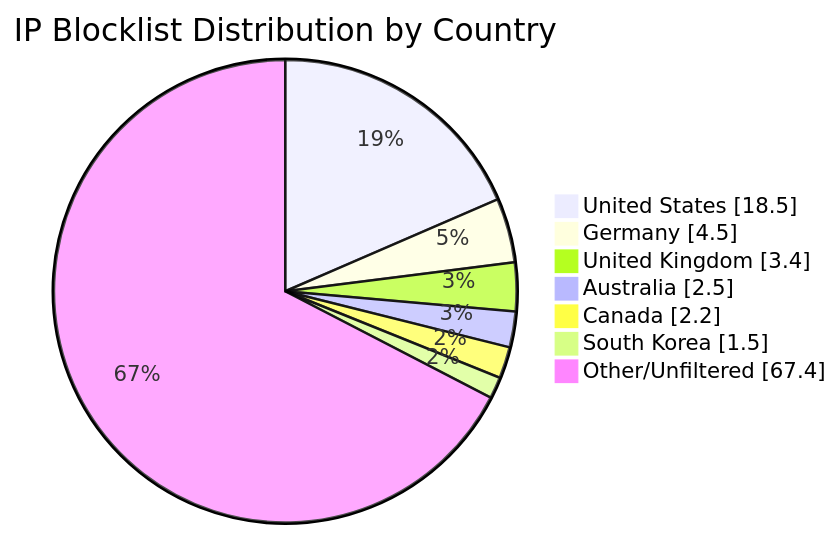
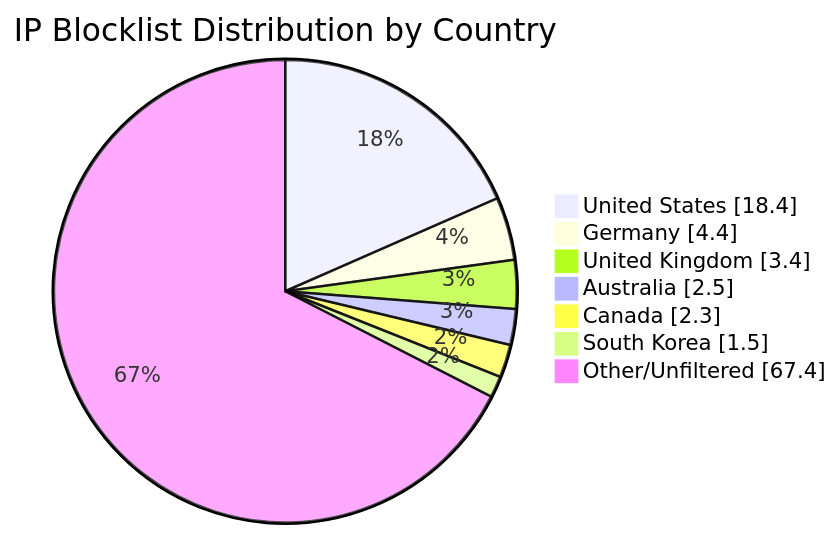
One commit to MarcusHoltz/ipblocklist-geofiltered-aggregator changed the diagram in README.md. Above: the diagram before and after it, drawn with Mermaid. The commit also changed other lines of this file and 9 other files, not shown here.

````diff
--- a/README.md
+++ b/README.md
@@ -34,10 +34,10 @@
 ```mermaid
 pie showData title IP Blocklist Distribution by Country
-"United States" : 18.5
-"Germany" : 4.5
+"United States" : 18.4
+"Germany" : 4.4
 "United Kingdom" : 3.4
 "Australia" : 2.5
-"Canada" : 2.2
+"Canada" : 2.3
 "South Korea" : 1.5
 "Other/Unfiltered" : 67.4
 ```
````
